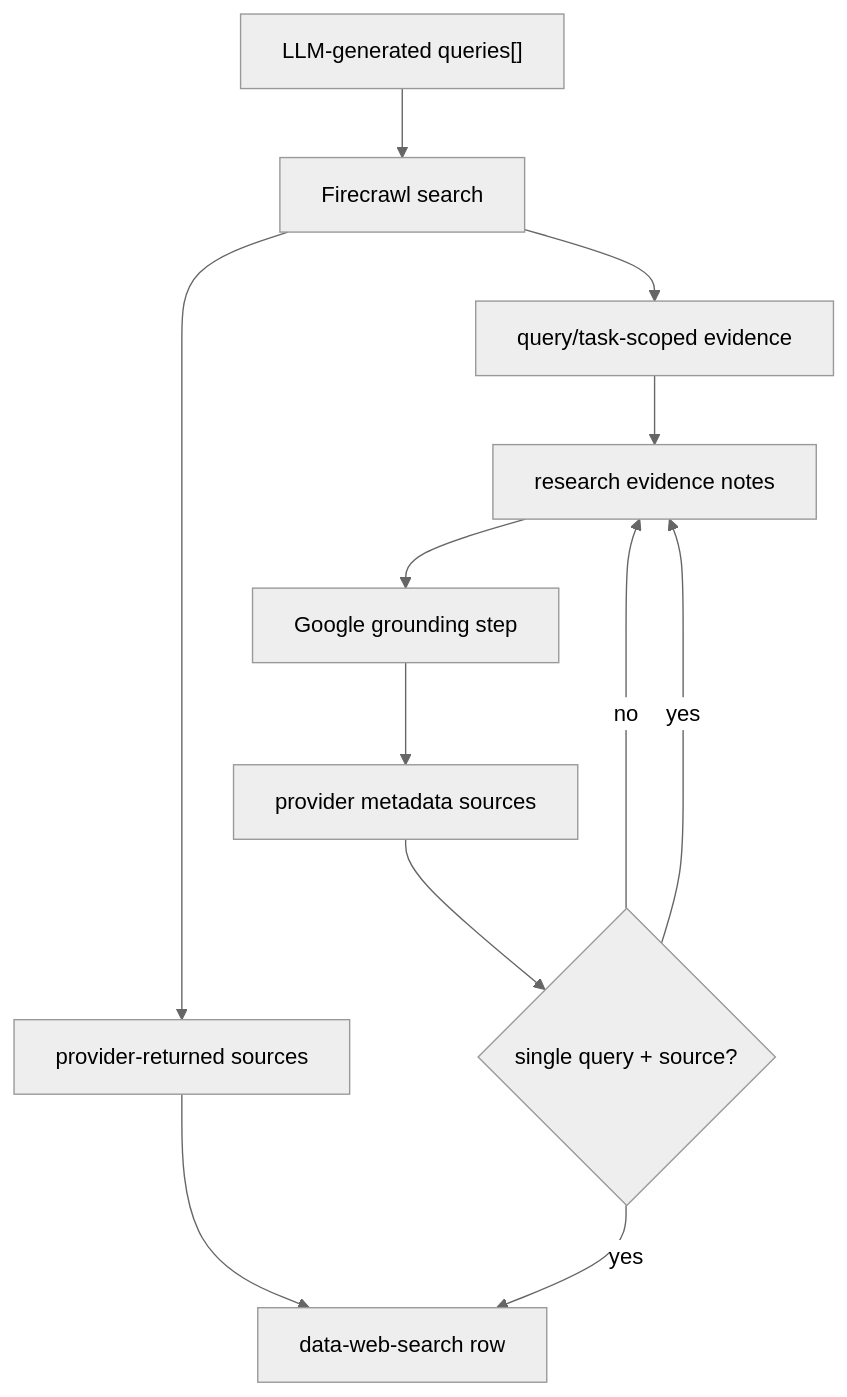
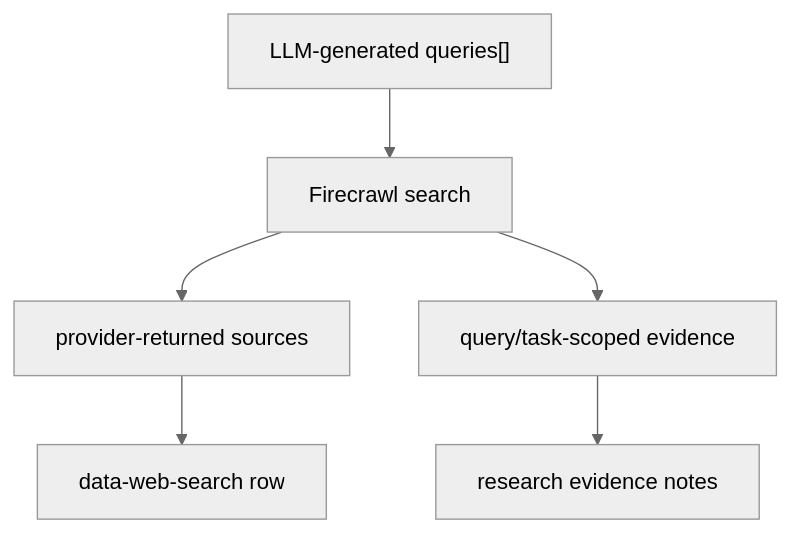
Before and after one commit to nakafaai/nakafa.com: the second of 3 diagrams in packages/ai/agents/docs/query-scoped-search.md, drawn with Mermaid (neutral theme). The commit also changed other lines of this file and 5 other files, not shown here.

Commit message:
docs(ai): remove retired Google grounding references

````diff
--- a/packages/ai/agents/docs/query-scoped-search.md
+++ b/packages/ai/agents/docs/query-scoped-search.md
@@ -39,14 +31,8 @@
 ```mermaid
 flowchart TD
   Query["LLM-generated queries[]"] --> Firecrawl["Firecrawl search"]
   Firecrawl --> Raw["provider-returned sources"]
   Firecrawl --> Scoped["query/task-scoped evidence"]
   Raw --> UI["data-web-search row"]
   Scoped --> Agent["research evidence notes"]
-  Agent --> Google["Google grounding step"]
-  Google --> Grounded["provider metadata sources"]
-  Grounded --> Decision{"single query + source?"}
-  Decision -->|yes| UI
-  Decision -->|no| Agent
-  Decision -->|yes| Agent
 ```
````
